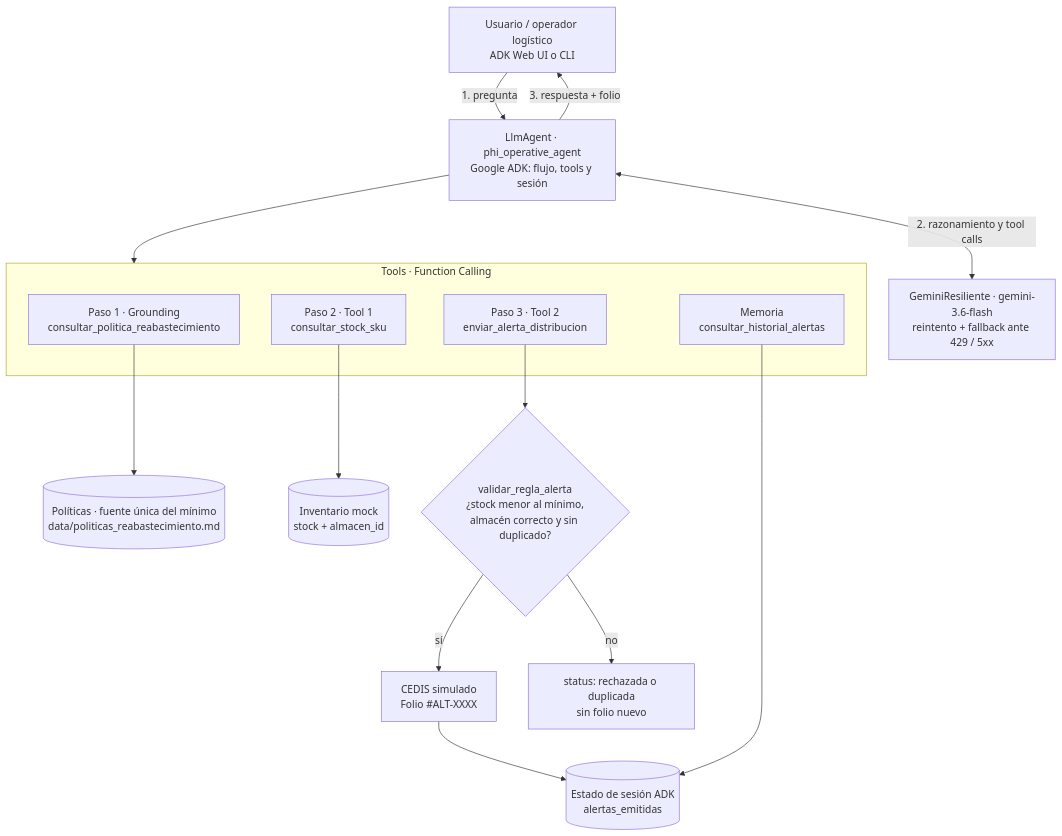
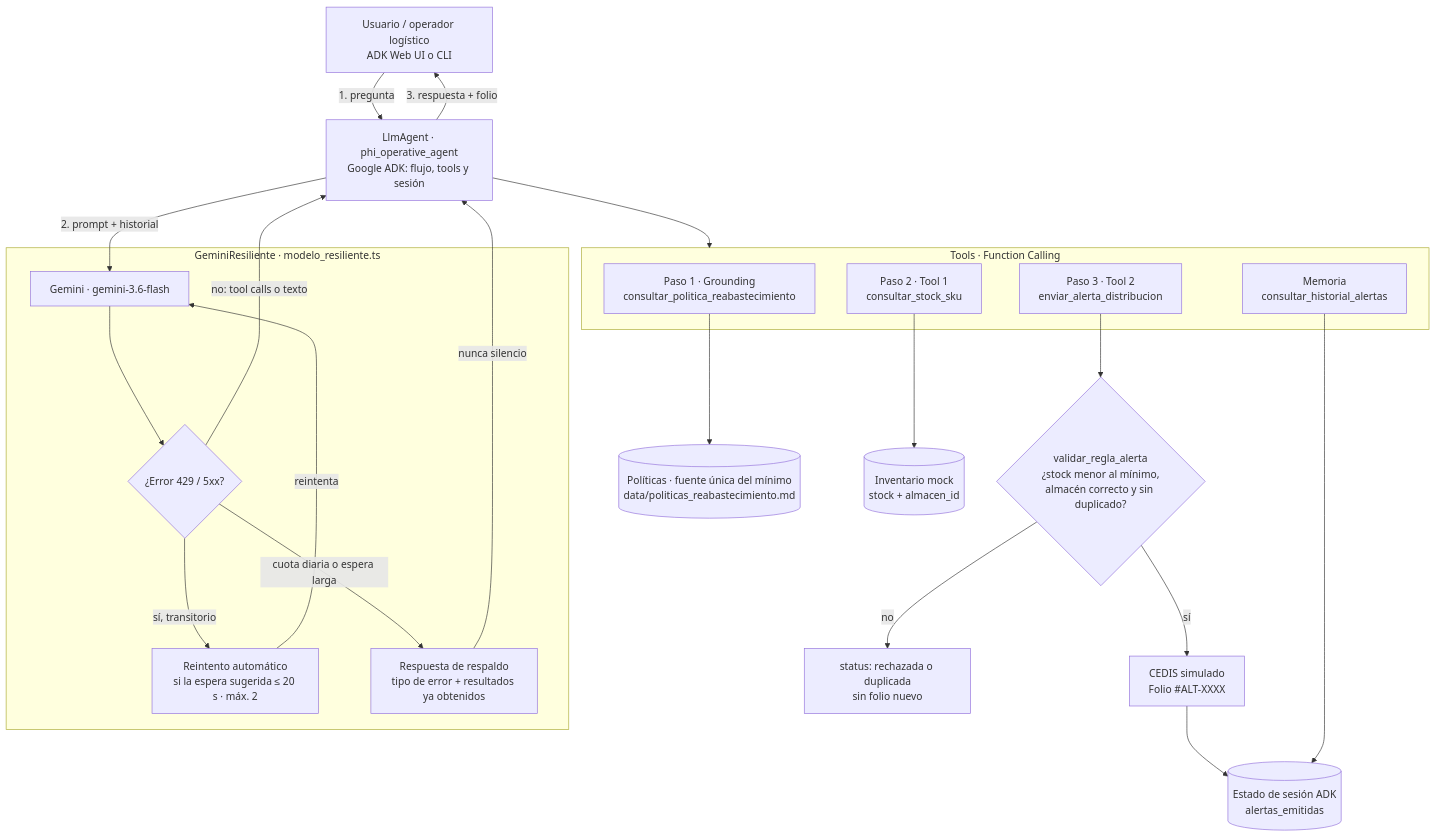
Before and after one commit to AlonsoEsc/phi-operative-agent: the diagram in README.md, drawn with Mermaid. The commit also changed other lines of this file, not shown here.

Commit message:
Muestra el flujo de resiliencia de GeminiResiliente en el diagrama de arquitectura
El diagrama del README ahora detalla la detección de errores 429/5xx, el reintento automático y la respuesta de respaldo con los resultados ya obtenidos.

````diff
--- a/README.md
+++ b/README.md
@@ -13,32 +13,44 @@
 ```mermaid
 flowchart TD
     U["Usuario / operador logístico<br/>ADK Web UI o CLI"]
     A["LlmAgent · phi_operative_agent<br/>Google ADK: flujo, tools y sesión"]
-    G["GeminiResiliente · gemini-3.6-flash<br/>reintento + fallback ante 429 / 5xx"]
+
+    subgraph RES["GeminiResiliente · modelo_resiliente.ts"]
+        G["Gemini · gemini-3.6-flash"]
+        E{"¿Error 429 / 5xx?"}
+        R["Reintento automático<br/>si la espera sugerida ≤ 20 s · máx. 2"]
+        F["Respuesta de respaldo<br/>tipo de error + resultados ya obtenidos"]
+    end
 
     subgraph TOOLS["Tools · Function Calling"]
         T0["Paso 1 · Grounding<br/>consultar_politica_reabastecimiento"]
         T1["Paso 2 · Tool 1<br/>consultar_stock_sku"]
         T2["Paso 3 · Tool 2<br/>enviar_alerta_distribucion"]
         TH["Memoria<br/>consultar_historial_alertas"]
     end
 
     DOC[("Políticas · fuente única del mínimo<br/>data/politicas_reabastecimiento.md")]
     INV[("Inventario mock<br/>stock + almacen_id")]
     V{"validar_regla_alerta<br/>¿stock menor al mínimo,<br/>almacén correcto y sin duplicado?"}
     CEDIS["CEDIS simulado<br/>Folio #ALT-XXXX"]
     RECH["status: rechazada o duplicada<br/>sin folio nuevo"]
     S[("Estado de sesión ADK<br/>alertas_emitidas")]
 
     U -->|"1. pregunta"| A
-    A <-->|"2. razonamiento y tool calls"| G
+    A -->|"2. prompt + historial"| G
+    G --> E
+    E -->|"no: tool calls o texto"| A
+    E -->|"sí, transitorio"| R
+    R -->|"reintenta"| G
+    E -->|"cuota diaria o espera larga"| F
+    F -->|"nunca silencio"| A
     A --> TOOLS
     T0 --> DOC
     T1 --> INV
     T2 --> V
     V -->|"sí"| CEDIS
     V -->|"no"| RECH
     CEDIS --> S
     TH --> S
     A -->|"3. respuesta + folio"| U
 ```
````
